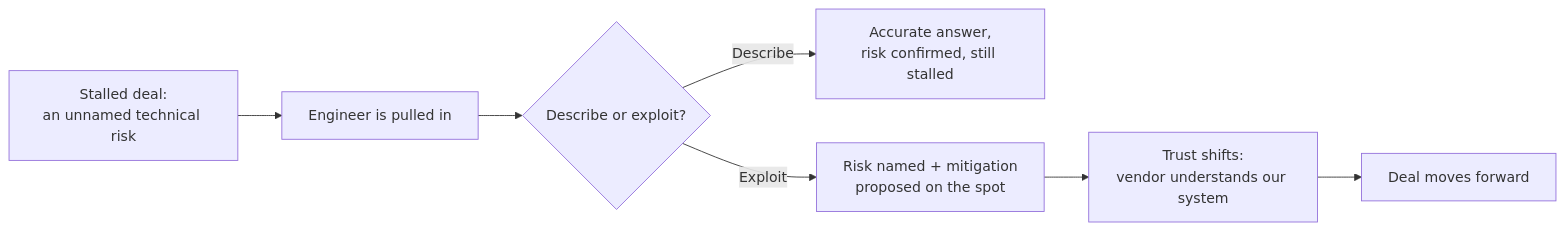
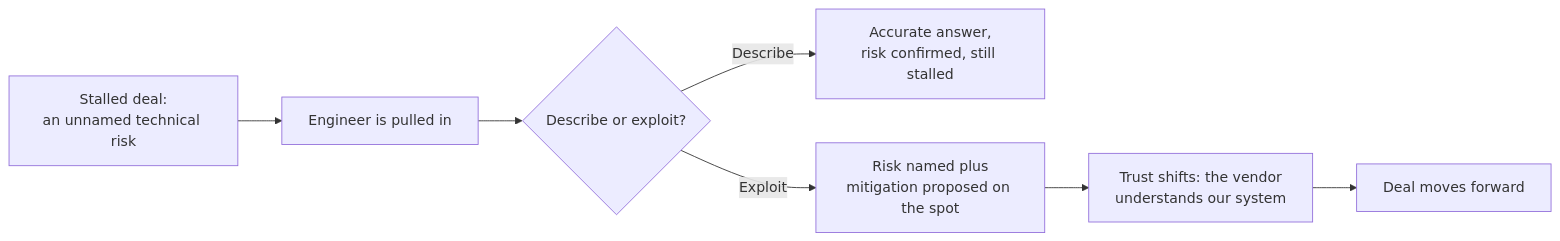
One commit to francoandreDev/knowledge changed the second of 2 diagrams in src/content/product-domain/presales-engineering/L2-concept.mdx. Above: the diagram before and after it, drawn with Mermaid. The commit also changed other lines of this file and 3 other files, not shown here.

````diff
--- a/src/content/product-domain/presales-engineering/L2-concept.mdx
+++ b/src/content/product-domain/presales-engineering/L2-concept.mdx
@@ -90,9 +98,9 @@
 ```mermaid
 flowchart LR
     A["Stalled deal:<br/>an unnamed technical risk"] --> B["Engineer is pulled in"]
     B --> C{"Describe or exploit?"}
     C -->|"Describe"| D["Accurate answer,<br/>risk confirmed, still stalled"]
-    C -->|"Exploit"| E["Risk named + mitigation<br/>proposed on the spot"]
-    E --> F["Trust shifts:<br/>vendor understands our system"]
+    C -->|"Exploit"| E["Risk named plus<br/>mitigation proposed on the spot"]
+    E --> F["Trust shifts: the vendor<br/>understands our system"]
     F --> G["Deal moves forward"]
 ```
````
